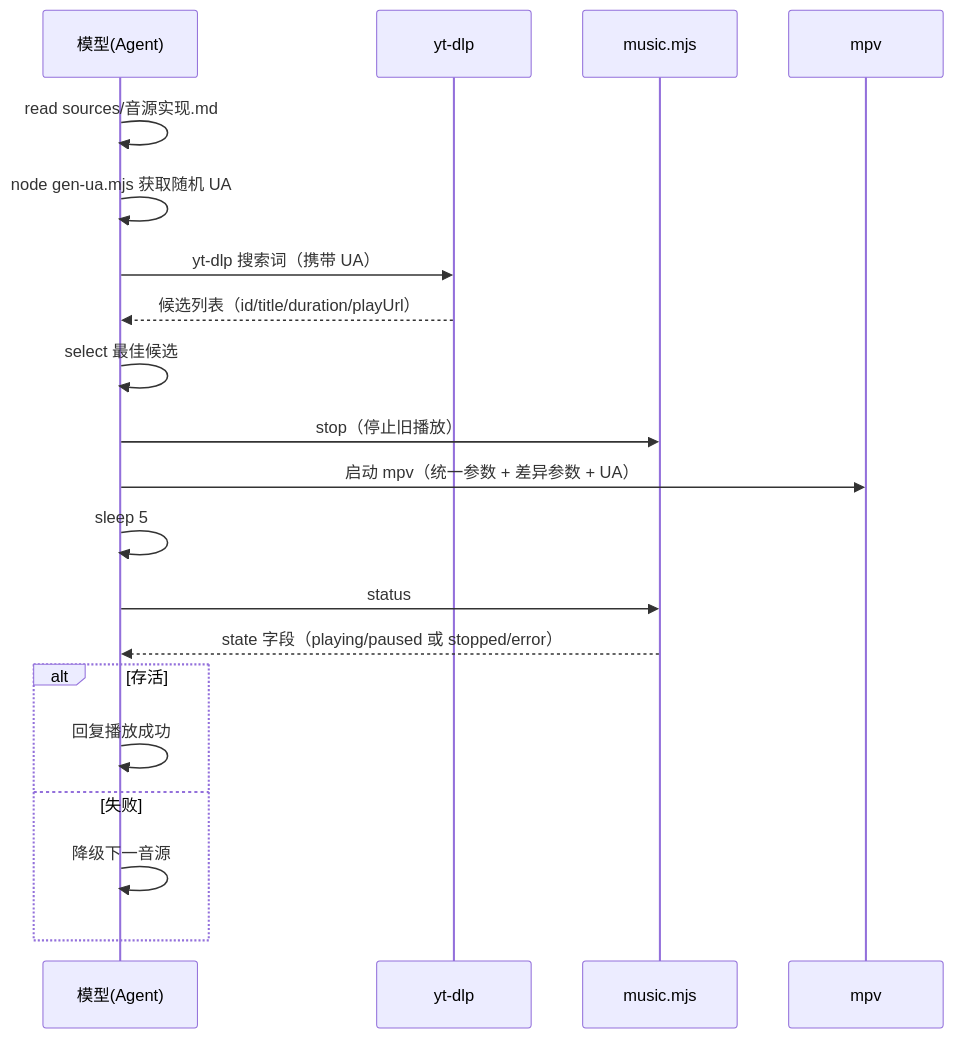
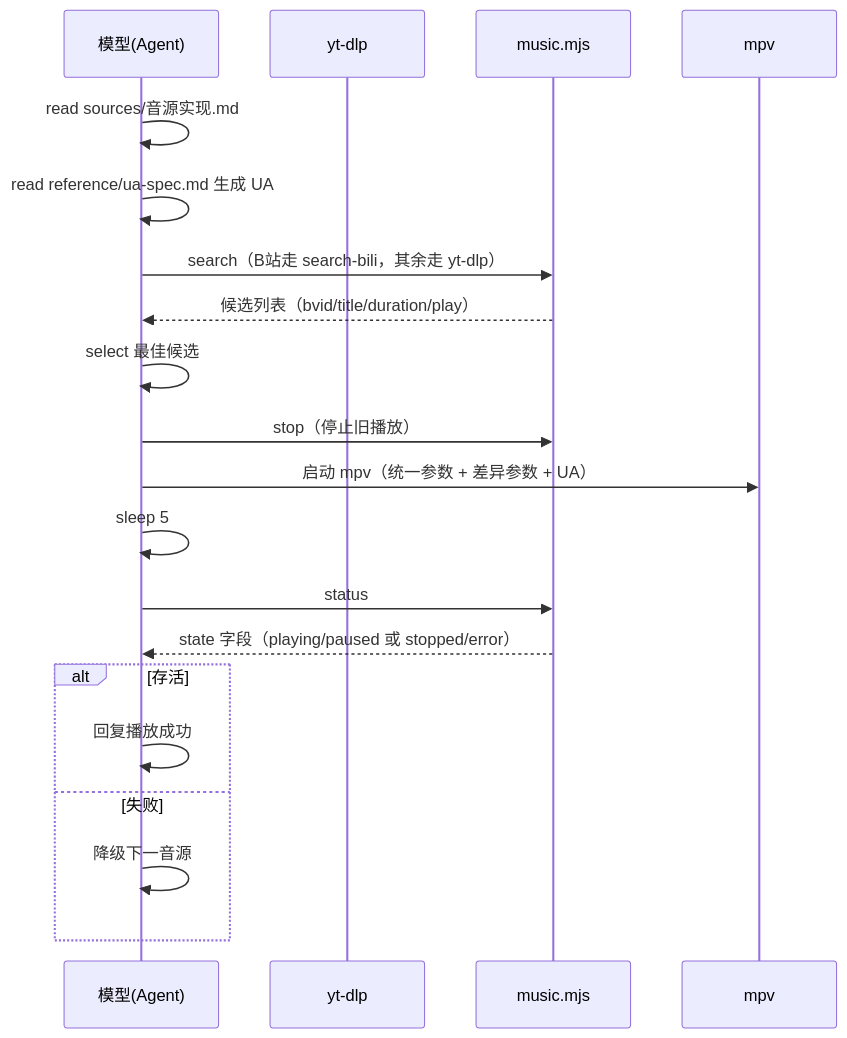
The second of 2 diagrams in src/music/public/SKILL.md (uid13/skills), drawn with Mermaid before and after one commit. The commit also changed other lines of this file and 24 other files, not shown here.

Commit message:
feat(music): 移除 user-agents 依赖，UA 改模型自生成（ua-spec.md）；B站搜索改用 /all/v2 免 412（search-bili 子命令）；关闭 sourcemap 减体积

````diff
--- a/src/music/public/SKILL.md
+++ b/src/music/public/SKILL.md
@@ -210,22 +158,22 @@
 ```mermaid
 sequenceDiagram
   participant M as 模型(Agent)
   participant Y as yt-dlp
   participant MS as music.mjs
   participant MPV as mpv
   M->>M: read sources/音源实现.md
-  M->>M: node gen-ua.mjs 获取随机 UA
-  M->>Y: yt-dlp 搜索词（携带 UA）
-  Y-->>M: 候选列表（id/title/duration/playUrl）
+  M->>M: read reference/ua-spec.md 生成 UA
+  M->>MS: search（B站走 search-bili，其余走 yt-dlp）
+  MS-->>M: 候选列表（bvid/title/duration/play）
   M->>M: select 最佳候选
   M->>MS: stop（停止旧播放）
   M->>MPV: 启动 mpv（统一参数 + 差异参数 + UA）
   M->>M: sleep 5
   M->>MS: status
   MS-->>M: state 字段（playing/paused 或 stopped/error）
   alt 存活
     M->>M: 回复播放成功
   else 失败
     M->>M: 降级下一音源
   end
 ```
````
